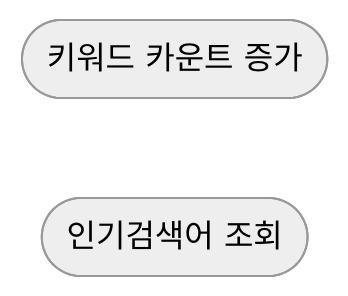
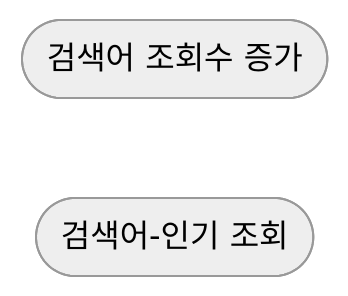
Before and after one commit to cbnu12/koc-new: the first of 2 diagrams in src/main/java/com/koc/keyword/keyword.usecase.md, drawn with Mermaid (neutral theme). The commit also changed other lines of this file and 1 other file, not shown here.

````diff
--- a/src/main/java/com/koc/keyword/keyword.usecase.md
+++ b/src/main/java/com/koc/keyword/keyword.usecase.md
@@ -3,5 +3,5 @@
 ```mermaid
 flowchart LR
-    A1([키워드 카운트 증가])
-    A2([인기검색어 조회])
+    A1([검색어 조회수 증가])
+    A2([검색어-인기 조회])
 ```
````
